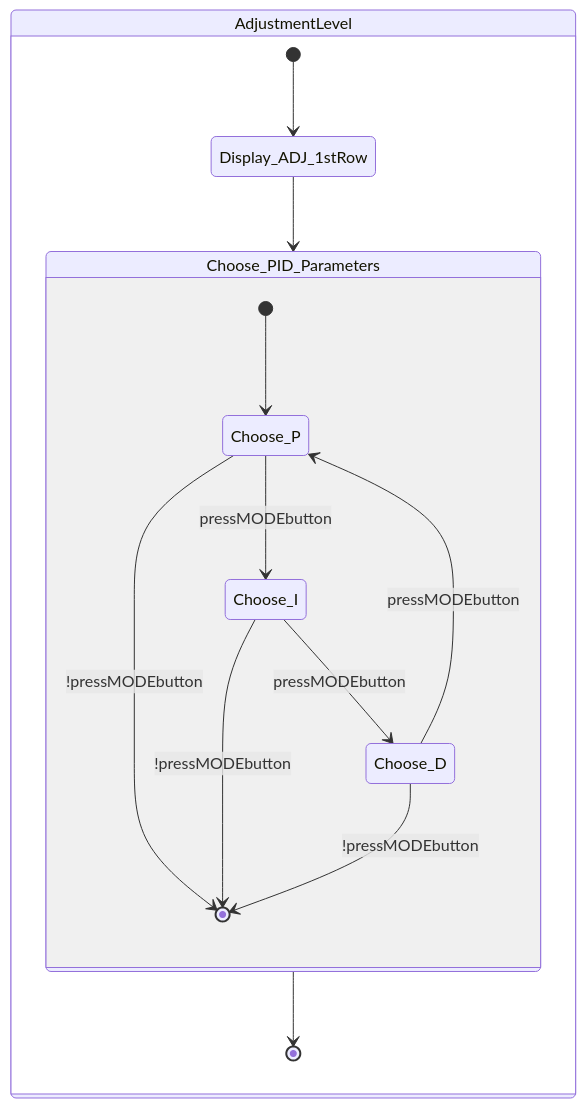
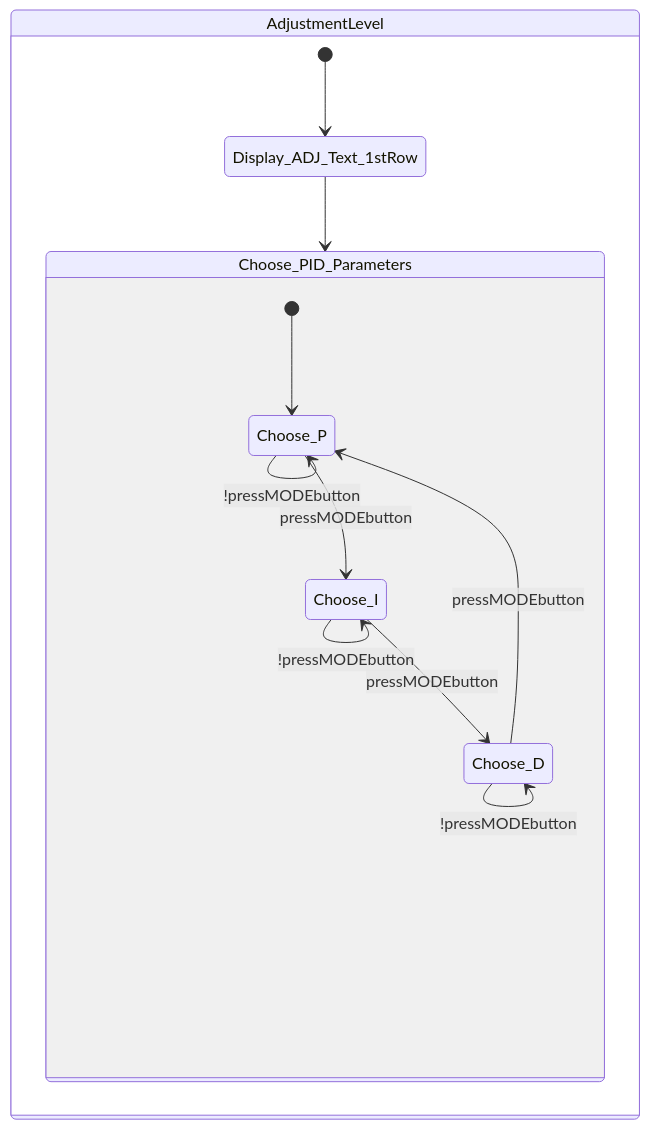
The fourth of 10 diagrams in README.md (sondhg/embedded-control-fsm), drawn with Mermaid before and after one commit. The commit also changed other lines of this file, not shown here.

Commit message:
refactor state diagram for improved clarity and flow in temperature controller interface

````diff
--- a/README.md
+++ b/README.md
@@ -98,21 +80,21 @@
 ```mermaid
 stateDiagram-v2
     direction TB
 
     state AdjustmentLevel {
-        [*] --> Display_ADJ_1stRow
-        Display_ADJ_1stRow --> Choose_PID_Parameters
-        Choose_PID_Parameters --> [*]
+        [*] --> Display_ADJ_Text_1stRow
+        Display_ADJ_Text_1stRow --> Choose_PID_Parameters
 
         state Choose_PID_Parameters {
             [*] --> Choose_P
             Choose_P --> Choose_I: pressMODEbutton
+            Choose_P --> Choose_P: !pressMODEbutton
+
             Choose_I --> Choose_D: pressMODEbutton
+            Choose_I --> Choose_I: !pressMODEbutton
+
             Choose_D --> Choose_P: pressMODEbutton
-
-            Choose_P --> [*]: !pressMODEbutton
-            Choose_I --> [*]: !pressMODEbutton
-            Choose_D --> [*]: !pressMODEbutton
+            Choose_D --> Choose_D: !pressMODEbutton
         }
     }
 ```
````
